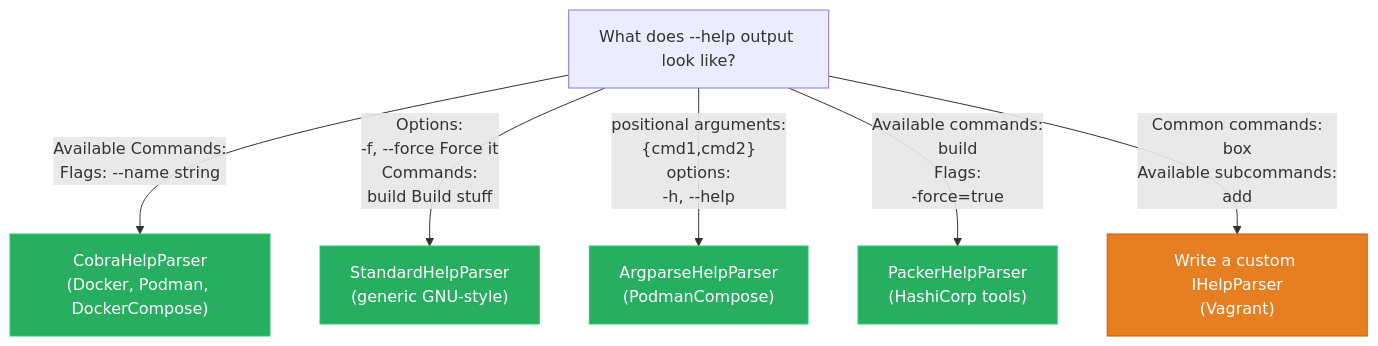
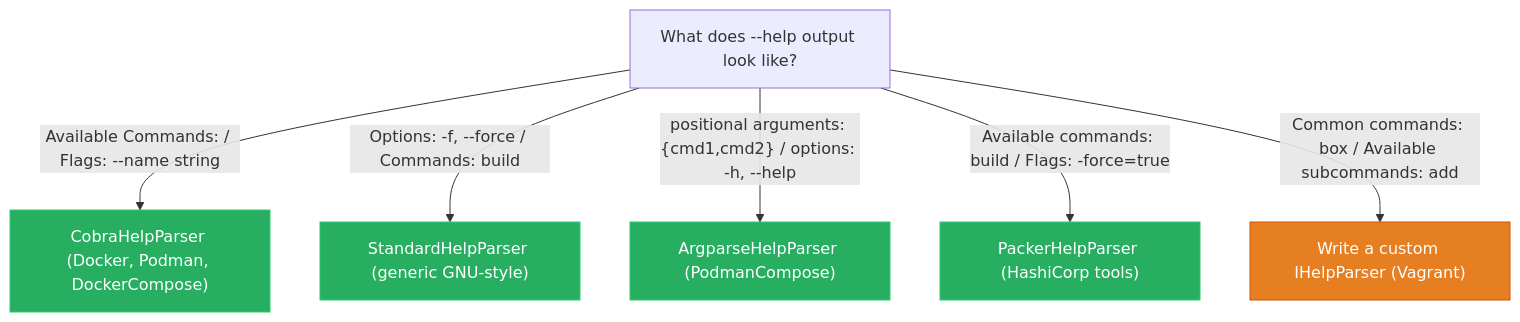
Before and after one commit to FrenchExDev/FrenchExDev: the second of 5 diagrams in Net/FrenchExDev/BinaryWrapper/doc/HOW-TO.md, drawn with Mermaid. The commit also changed other lines of this file and 2 other files, not shown here.

Commit message:
fix: mermaid markdown

````diff
--- a/Net/FrenchExDev/BinaryWrapper/doc/HOW-TO.md
+++ b/Net/FrenchExDev/BinaryWrapper/doc/HOW-TO.md
@@ -111,15 +111,15 @@
 ```mermaid
 flowchart TD
     Q["What does --help output look like?"]
-    Q -->|"Available Commands:<br>Flags: --name string"| COBRA["CobraHelpParser<br>(Docker, Podman, DockerCompose)"]
-    Q -->|"Options:<br>  -f, --force  Force it<br>Commands:<br>  build  Build stuff"| STD["StandardHelpParser<br>(generic GNU-style)"]
-    Q -->|"positional arguments:<br>  {cmd1,cmd2}<br>options:<br>  -h, --help"| ARGPARSE["ArgparseHelpParser<br>(PodmanCompose)"]
-    Q -->|"Available commands:<br>  build<br>Flags:<br>  -force=true"| PACKER["PackerHelpParser<br>(HashiCorp tools)"]
-    Q -->|"Common commands:<br>  box<br>Available subcommands:<br>  add"| CUSTOM["Write a custom IHelpParser<br>(Vagrant)"]
+    Q -->|"Available Commands: / Flags: --name string"| COBRA["CobraHelpParser (Docker, Podman, DockerCompose)"]
+    Q -->|"Options: -f, --force / Commands: build"| STD["StandardHelpParser (generic GNU-style)"]
+    Q -->|"positional arguments: {cmd1,cmd2} / options: -h, --help"| ARGPARSE["ArgparseHelpParser (PodmanCompose)"]
+    Q -->|"Available commands: build / Flags: -force=true"| PACKER["PackerHelpParser (HashiCorp tools)"]
+    Q -->|"Common commands: box / Available subcommands: add"| CUSTOM["Write a custom IHelpParser (Vagrant)"]
 
     style COBRA fill:#27ae60,stroke:#2ecc71,color:#fff
     style STD fill:#27ae60,stroke:#2ecc71,color:#fff
     style ARGPARSE fill:#27ae60,stroke:#2ecc71,color:#fff
     style PACKER fill:#27ae60,stroke:#2ecc71,color:#fff
     style CUSTOM fill:#e67e22,stroke:#d35400,color:#fff
 ```
````
